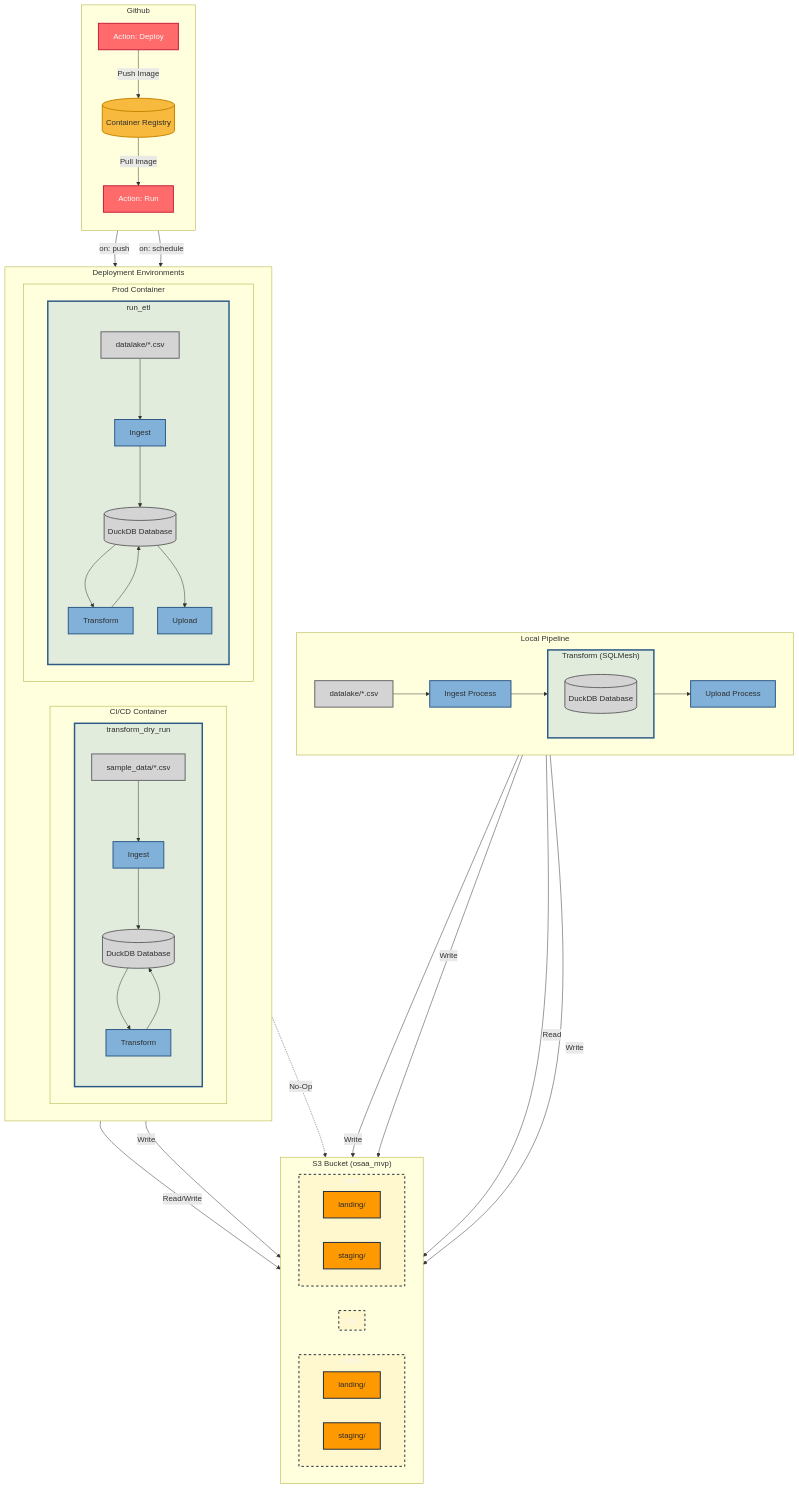
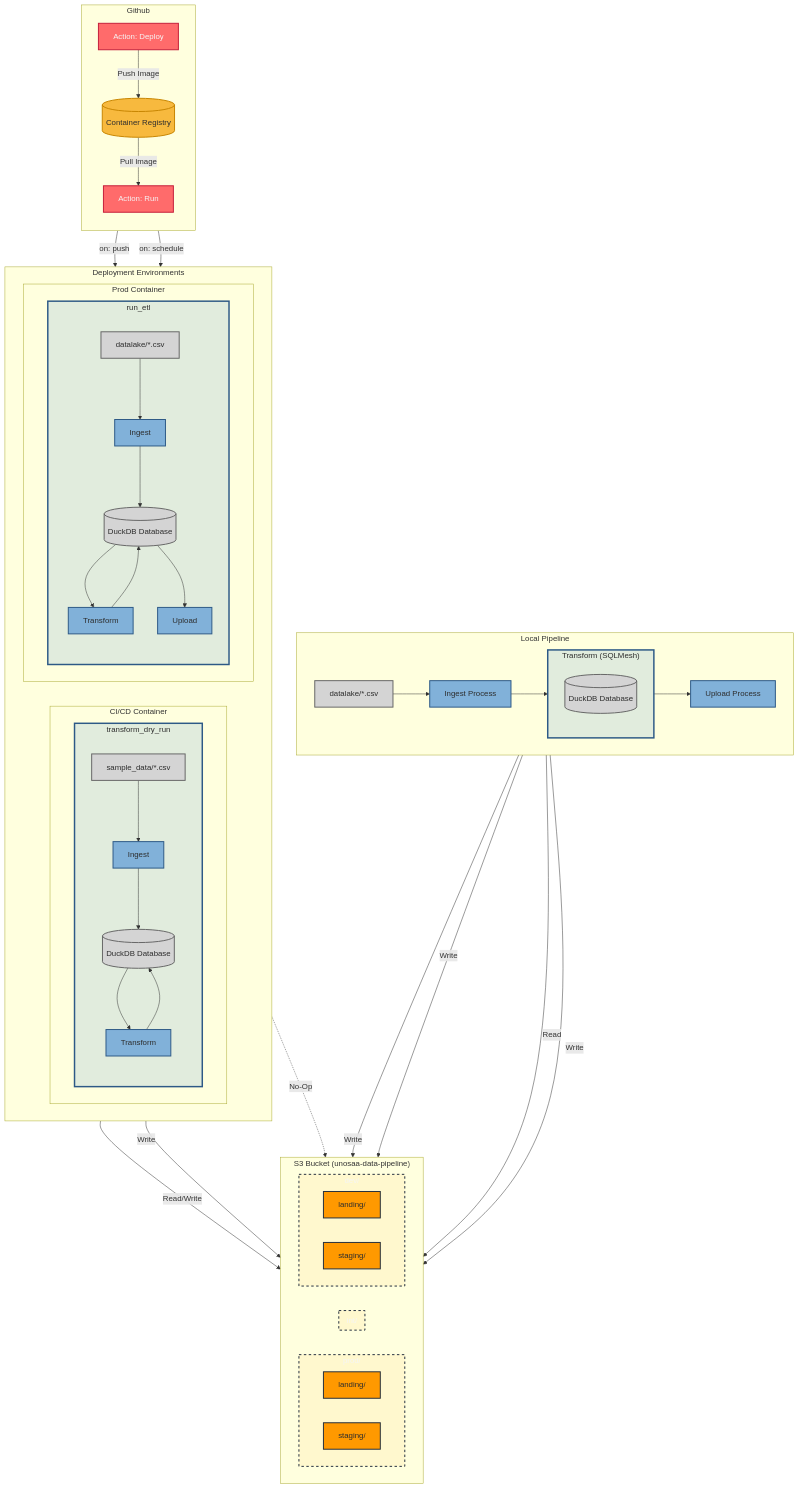
One commit to db-tycoon-stephen/osaa-mvp changed the diagram in system_architecture.md. Above: the diagram before and after it, drawn with Mermaid. The commit also changed 10 other files, not shown here.

```diff
--- a/system_architecture.md
+++ b/system_architecture.md
@@ -65,7 +65,7 @@
         end
     end
 
-    subgraph "S3 Bucket (osaa_mvp)"
+    subgraph "S3 Bucket (unosaa-data-pipeline)"
         direction LR
         subgraph PB[prod/]
             direction LR
```
